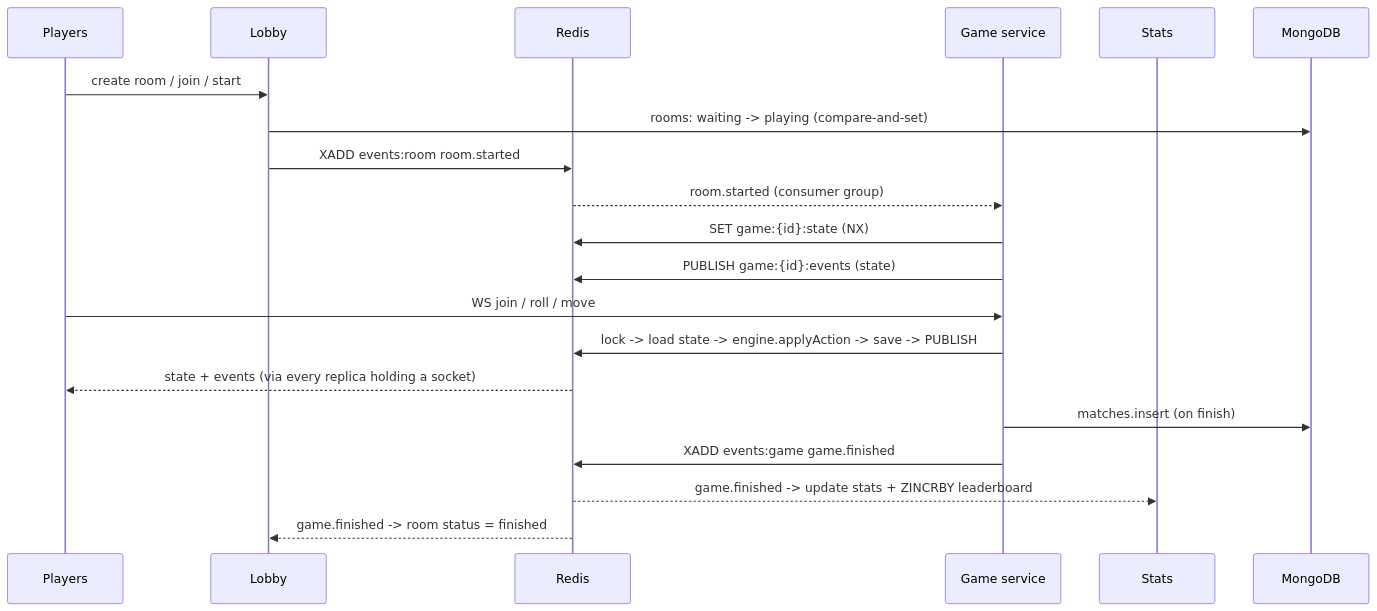
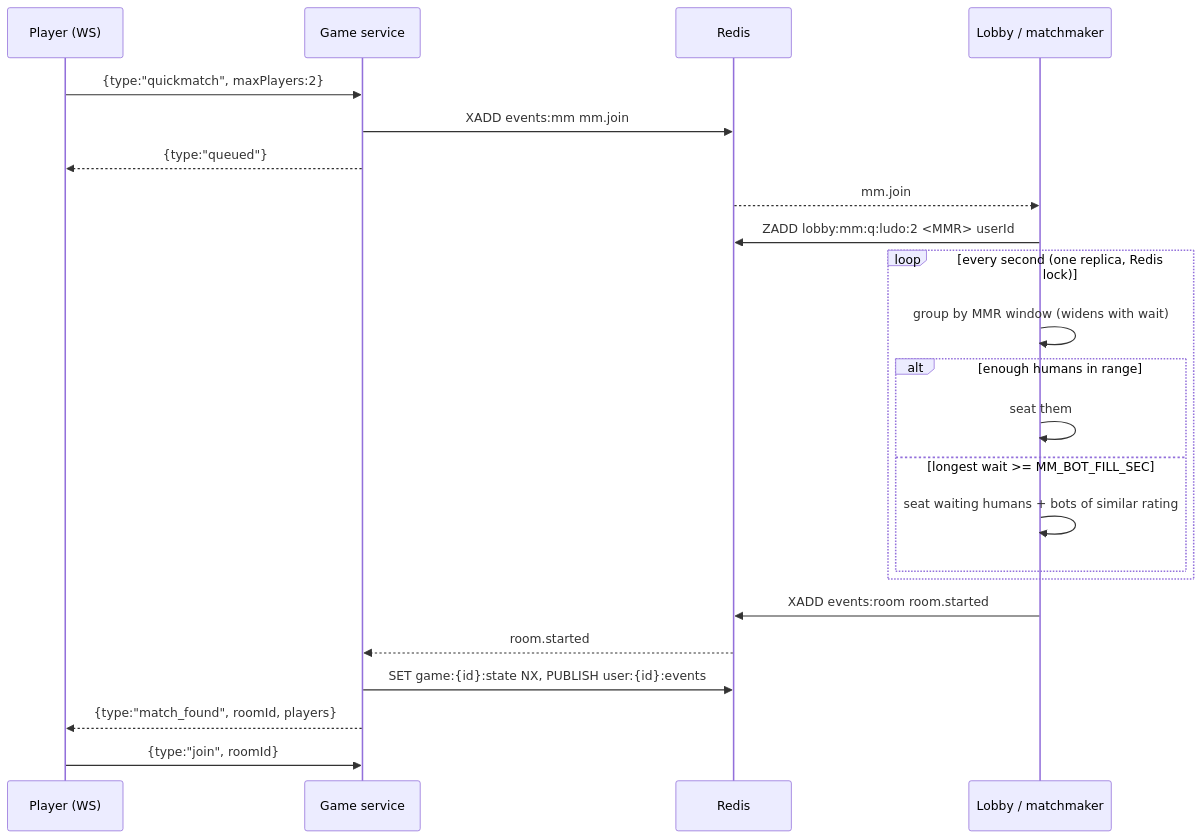
One commit to madanes/GameArchitectureNode changed the third of 4 diagrams in docs/architecture.md. Above: the diagram before and after it, drawn with Mermaid. The commit also changed other lines of this file and 42 other files, not shown here.

First line of the commit message:
Add WebSocket matchmaking, bots, leagues, daily rewards and missions

````diff
--- a/docs/architecture.md
+++ b/docs/architecture.md
@@ -88,23 +102,25 @@
 ```mermaid
 sequenceDiagram
-  participant P as Players
-  participant L as Lobby
+  participant P as Player (WS)
+  participant GS as Game service
   participant R as Redis
-  participant GS as Game service
-  participant ST as Stats
-  participant DB as MongoDB
-
-  P->>L: create room / join / start
-  L->>DB: rooms: waiting -> playing (compare-and-set)
+  participant L as Lobby / matchmaker
+  P->>GS: {type:"quickmatch", maxPlayers:2}
+  GS->>R: XADD events:mm mm.join
+  GS-->>P: {type:"queued"}
+  R-->>L: mm.join
+  L->>R: ZADD lobby:mm:q:ludo:2 <MMR> userId
+  loop every second (one replica, Redis lock)
+    L->>L: group by MMR window (widens with wait)
+    alt enough humans in range
+      L->>L: seat them
+    else longest wait >= MM_BOT_FILL_SEC
+      L->>L: seat waiting humans + bots of similar rating
+    end
+  end
   L->>R: XADD events:room room.started
-  R-->>GS: room.started (consumer group)
-  GS->>R: SET game:{id}:state (NX)
-  GS->>R: PUBLISH game:{id}:events (state)
-  P->>GS: WS join / roll / move
-  GS->>R: lock -> load state -> engine.applyAction -> save -> PUBLISH
-  R-->>P: state + events (via every replica holding a socket)
-  GS->>DB: matches.insert (on finish)
-  GS->>R: XADD events:game game.finished
-  R-->>ST: game.finished -> update stats + ZINCRBY leaderboard
-  R-->>L: game.finished -> room status = finished
+  R-->>GS: room.started
+  GS->>R: SET game:{id}:state NX, PUBLISH user:{id}:events
+  GS-->>P: {type:"match_found", roomId, players}
+  P->>GS: {type:"join", roomId}
 ```
````
